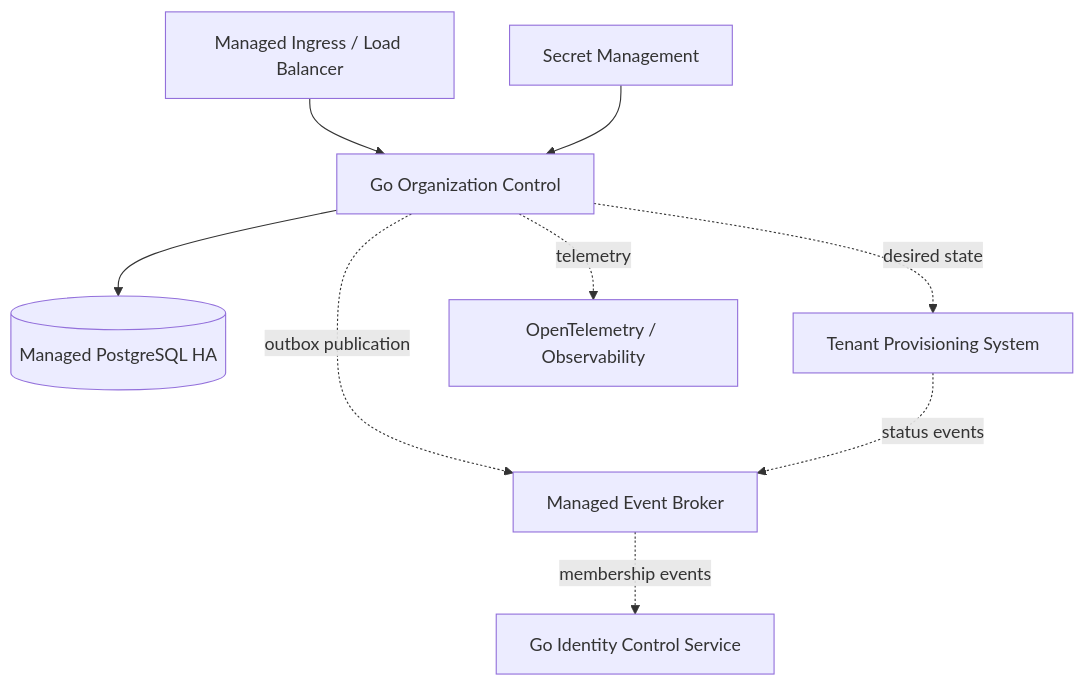
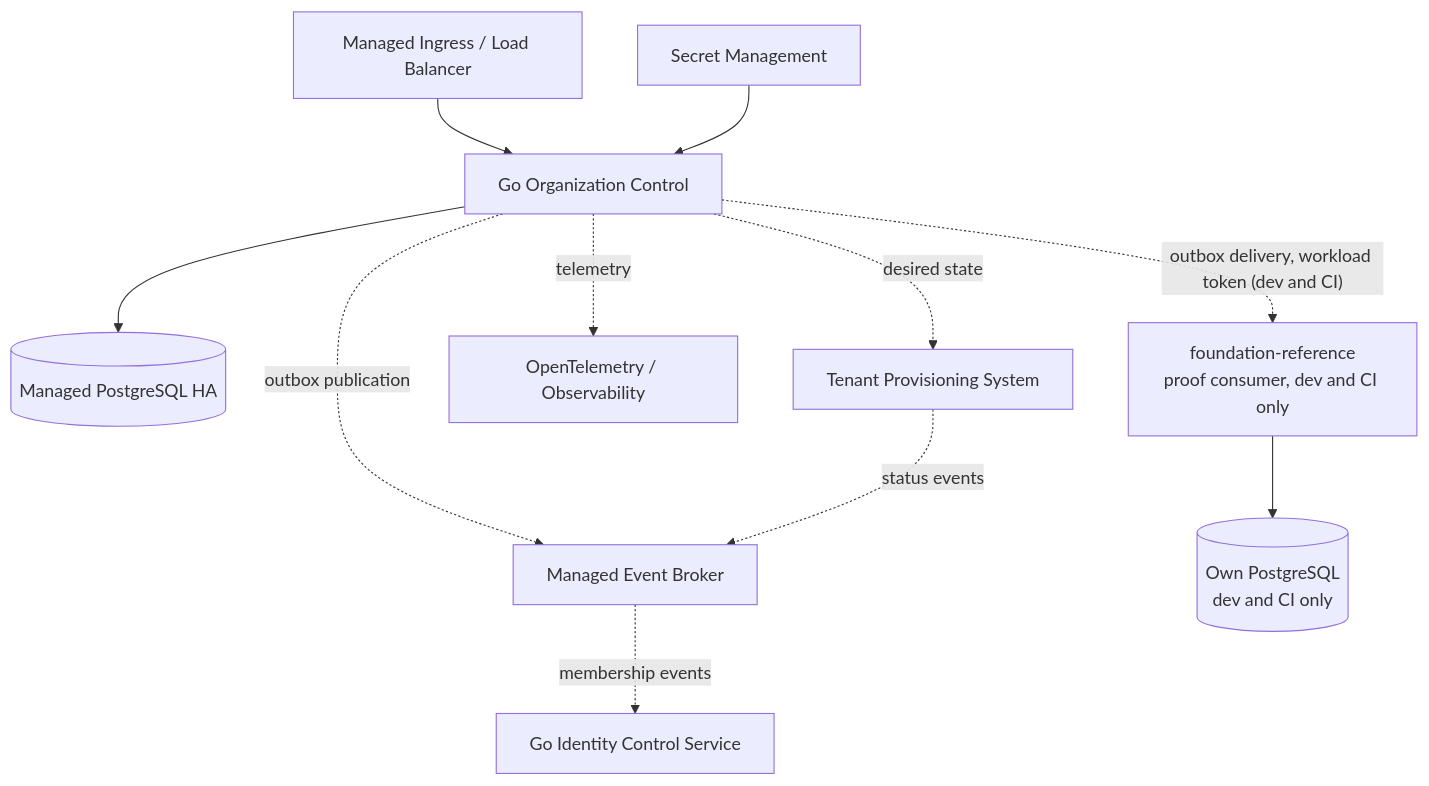
Before and after one commit to anshacerbia2/scnehaux-architecture: the second of 8 diagrams in 04-system/scnehaux-organization/scnehaux-organization-control.sad.md, drawn with Mermaid. The commit also changed other lines of this file and 8 other files, not shown here.

Commit message:
Queued findings 2026-10-21: sticky-line height threshold, session-store retention, foundation-reference container, provider Membership read, invitation resolve points, .dockerignore, audit retention clocks

````diff
--- a/04-system/scnehaux-organization/scnehaux-organization-control.sad.md
+++ b/04-system/scnehaux-organization/scnehaux-organization-control.sad.md
@@ -156,20 +156,24 @@
 ```mermaid
 graph TB
     LB[Managed Ingress / Load Balancer]
     APP[Go Organization Control]
     DB[(Managed PostgreSQL HA)]
     BROKER[Managed Event Broker]
     IDCTRL[Go Identity Control Service]
     PROV[Tenant Provisioning System]
     OBS[OpenTelemetry / Observability]
     SECRET[Secret Management]
+    FREF[foundation-reference<br/>proof consumer, dev and CI only]
+    FREFDB[(Own PostgreSQL<br/>dev and CI only)]
 
     LB --> APP
     APP --> DB
     APP -. outbox publication .-> BROKER
     BROKER -. membership events .-> IDCTRL
     APP -. desired state .-> PROV
     PROV -. status events .-> BROKER
     SECRET --> APP
     APP -. telemetry .-> OBS
+    APP -. outbox delivery, workload token (dev and CI) .-> FREF
+    FREF --> FREFDB
 ```
````
